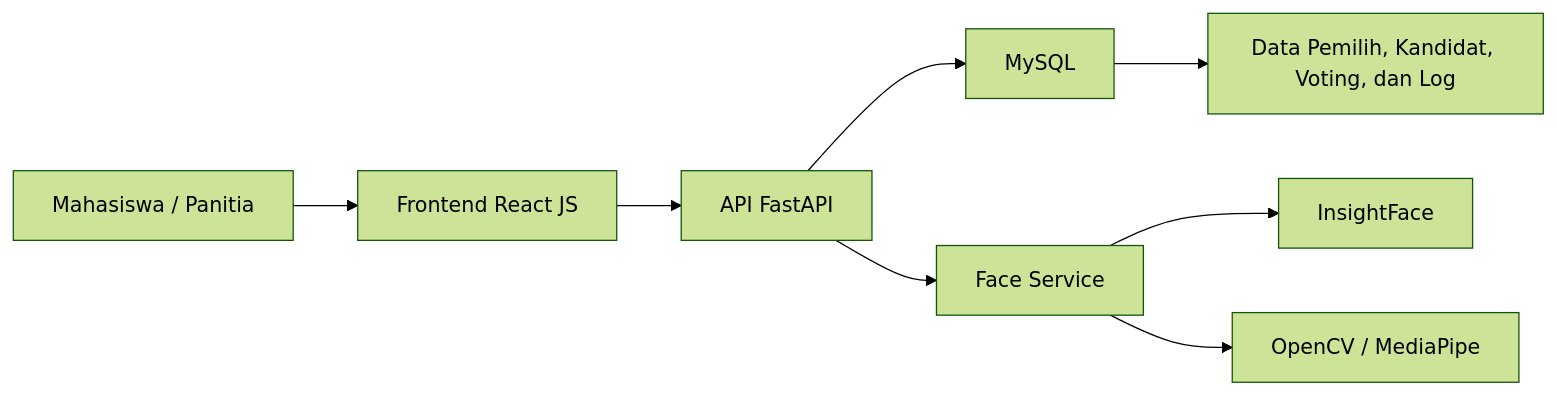
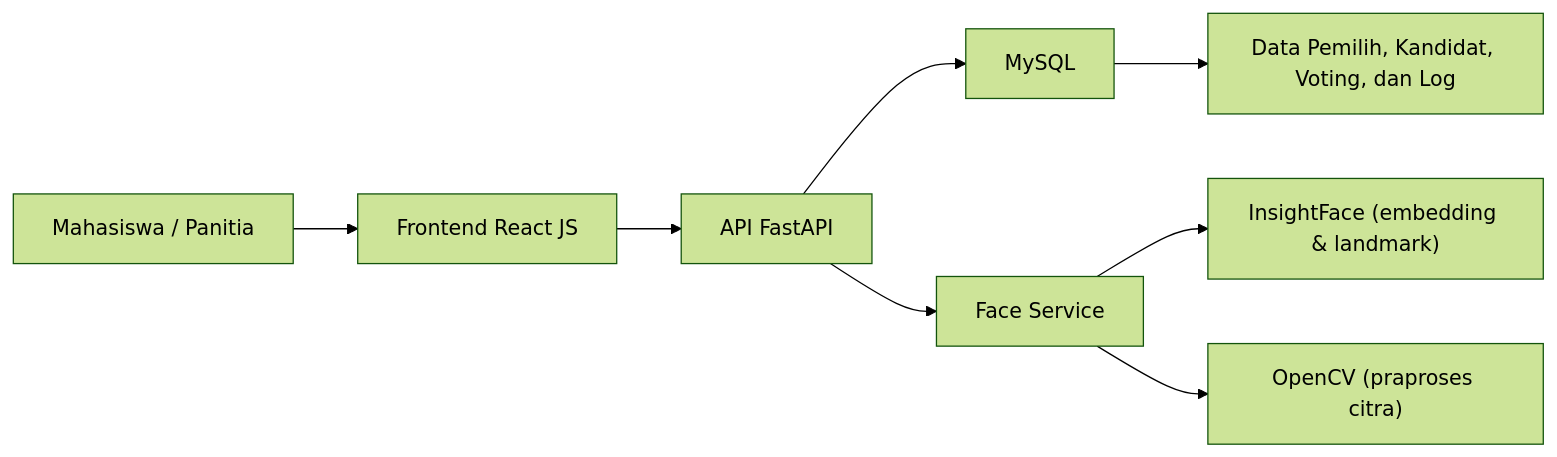
The first of 4 diagrams in BAB4_Hasil_dan_Pembahasan.md (MochJuang/e-voting-bila), drawn with Mermaid (forest theme) before and after one commit. The commit also changed other lines of this file and 16 other files, not shown here.

````diff
--- a/BAB4_Hasil_dan_Pembahasan.md
+++ b/BAB4_Hasil_dan_Pembahasan.md
@@ -19,10 +19,10 @@
 ```mermaid
 flowchart LR
     A["Mahasiswa / Panitia"] --> B["Frontend React JS"]
     B --> C["API FastAPI"]
     C --> D["MySQL"]
     C --> E["Face Service"]
-    E --> F["InsightFace"]
-    E --> G["OpenCV / MediaPipe"]
+    E --> F["InsightFace (embedding & landmark)"]
+    E --> G["OpenCV (praproses citra)"]
     D --> H["Data Pemilih, Kandidat, Voting, dan Log"]
 ```
````
